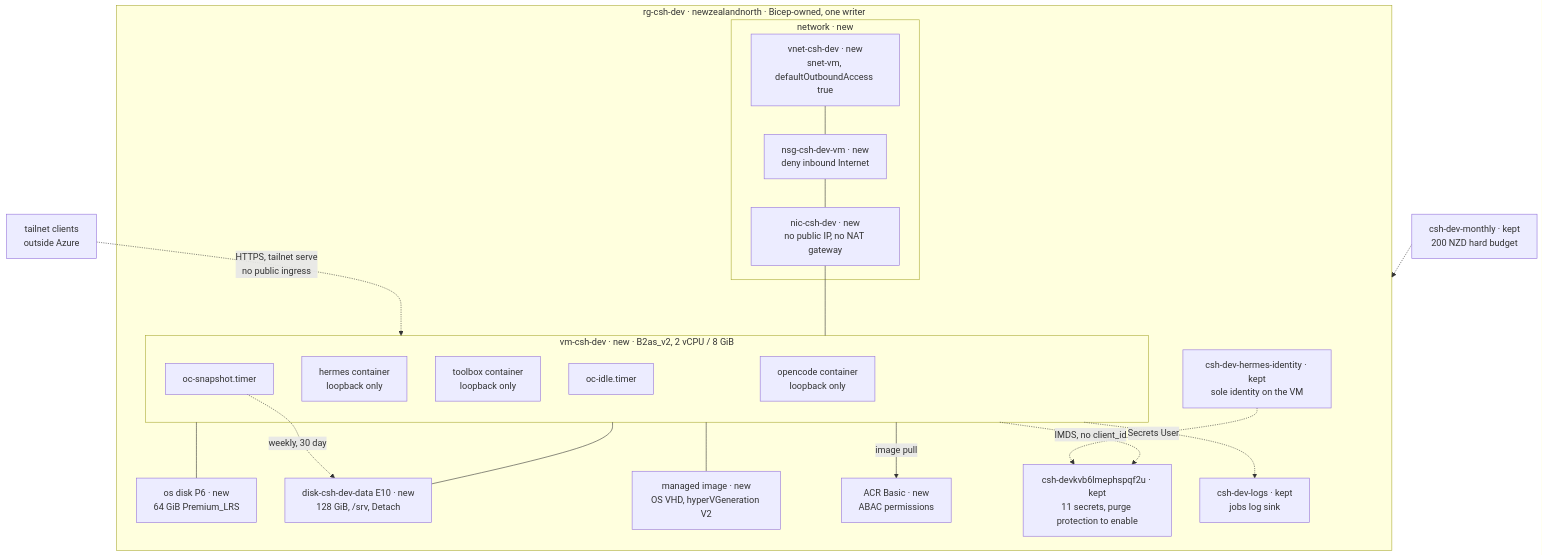
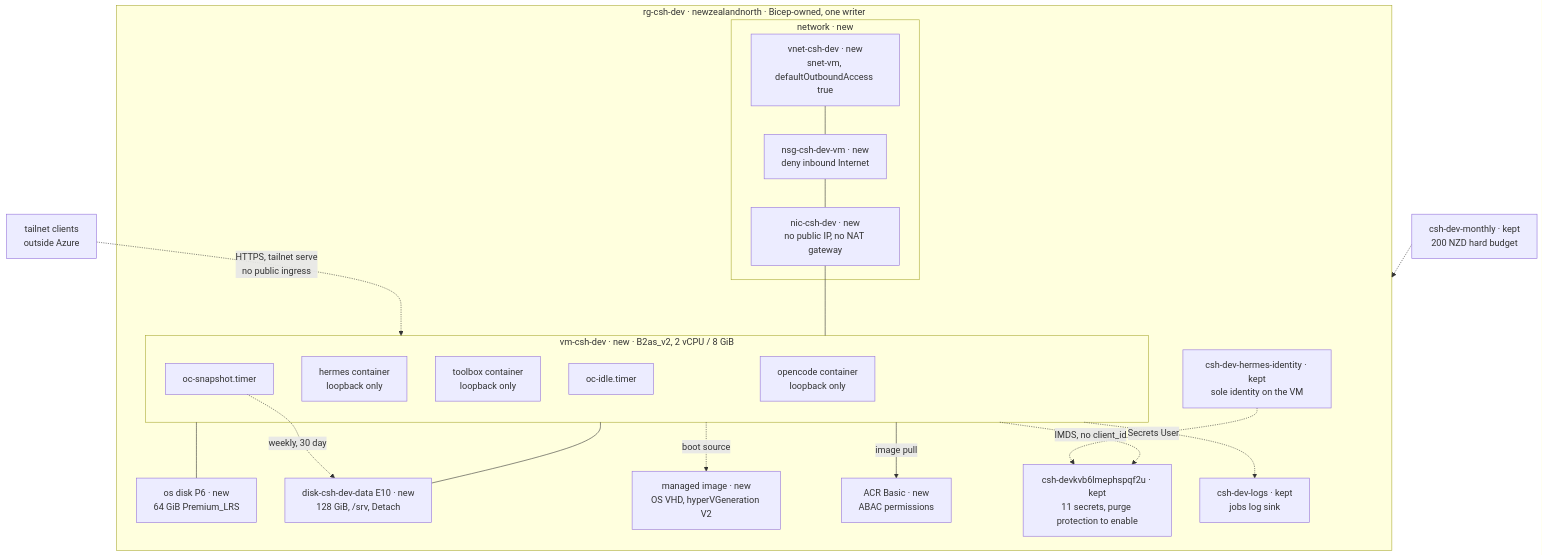
The first of 2 diagrams in docs/deployment-plan.md (ultus-net/devbox-oc), drawn with Mermaid before and after one commit. The commit also changed 2 other files, not shown here.

Commit message:
docs: tighten the diagram edge and the inventory claim

````diff
--- a/docs/deployment-plan.md
+++ b/docs/deployment-plan.md
@@ -95,43 +95,43 @@
 ```mermaid
 flowchart TB
   subgraph RG["rg-csh-dev · newzealandnorth · Bicep-owned, one writer"]
     subgraph NET["network · new"]
       VNET["vnet-csh-dev · new<br/>snet-vm, defaultOutboundAccess true"]
       NSG["nsg-csh-dev-vm · new<br/>deny inbound Internet"]
       NIC["nic-csh-dev · new<br/>no public IP, no NAT gateway"]
     end
 
     subgraph VMR["vm-csh-dev · new · B2as_v2, 2 vCPU / 8 GiB"]
       OC["opencode container<br/>loopback only"]
       HM["hermes container<br/>loopback only"]
       TOOL["toolbox container<br/>loopback only"]
       IDLE["oc-idle.timer"]
       SNPT["oc-snapshot.timer"]
     end
 
     OS["os disk P6 · new<br/>64 GiB Premium_LRS"]
     DD["disk-csh-dev-data E10 · new<br/>128 GiB, /srv, Detach"]
     IMG["managed image · new<br/>OS VHD, hyperVGeneration V2"]
     ACR["ACR Basic · new<br/>ABAC permissions"]
     KV["csh-devkvb6lmephspqf2u · kept<br/>11 secrets, purge protection to enable"]
     LOG["csh-dev-logs · kept<br/>jobs log sink"]
     ID["csh-dev-hermes-identity · kept<br/>sole identity on the VM"]
   end
 
   BUD["csh-dev-monthly · kept<br/>200 NZD hard budget"]
   TS["tailnet clients<br/>outside Azure"]
 
   TS -.->|"HTTPS, tailnet serve<br/>no public ingress"| VMR
   VNET --- NSG
   NSG --- NIC
   NIC --- VMR
   VMR --- OS
   VMR --- DD
-  VMR --- IMG
+  VMR -.->|"boot source"| IMG
   SNPT -.->|"weekly, 30 day"| DD
   VMR -.->|"IMDS, no client_id"| KV
   ID -.->|"Secrets User"| KV
   VMR -->|"image pull"| ACR
   VMR -.-> LOG
   BUD -.-> RG
 ```
````
